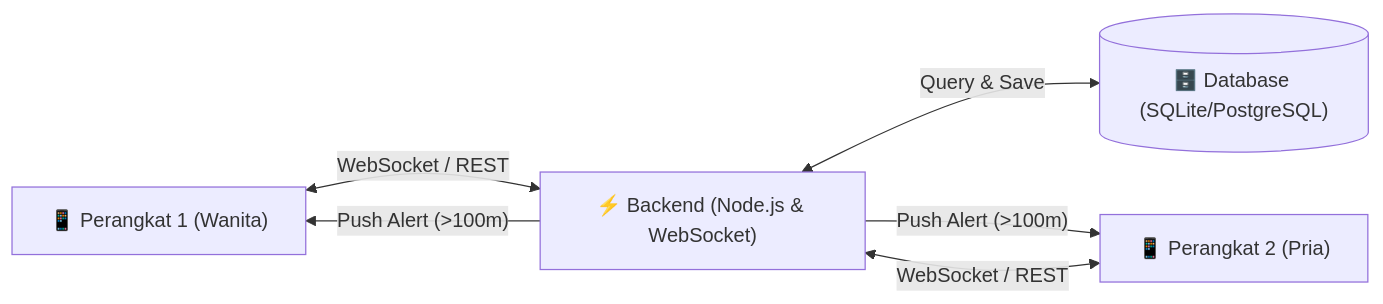
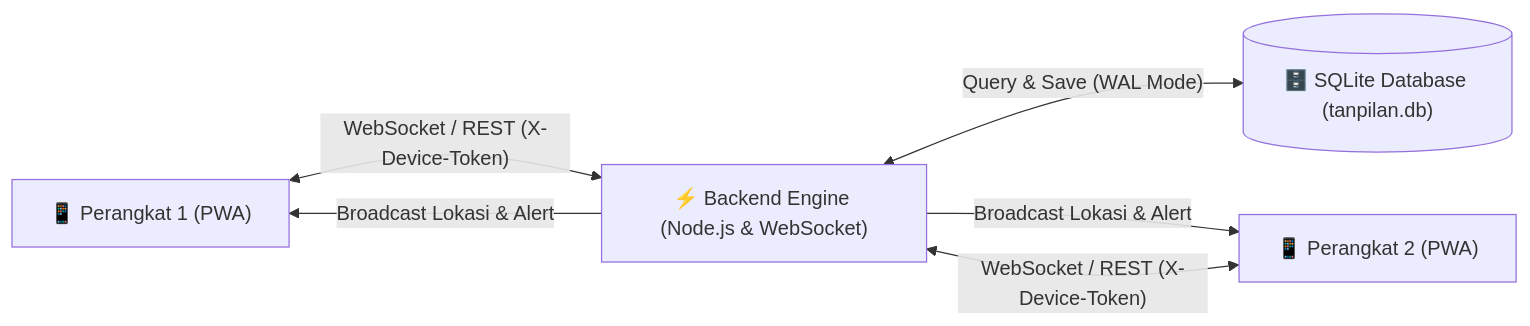
The diagram in README.md (rsng-star/LDR), drawn with Mermaid before and after one commit. The commit also changed other lines of this file and 12 other files, not shown here.

````diff
--- a/README.md
+++ b/README.md
@@ -19,8 +31,8 @@
 ```mermaid
-graph LR
-    Dev1["📱 Perangkat 1 (Wanita)"] <-->|"WebSocket / REST"| Backend["⚡ Backend (Node.js & WebSocket)"]
-    Dev2["📱 Perangkat 2 (Pria)"] <-->|"WebSocket / REST"| Backend
-    Backend <-->|"Query & Save"| DB[("🗄️ Database (SQLite/PostgreSQL)")]
-    Backend -->|"Push Alert (>100m)"| Dev1
-    Backend -->|"Push Alert (>100m)"| Dev2
+flowchart LR
+    Dev1["📱 Perangkat 1 (PWA)"] <-->|"WebSocket / REST (X-Device-Token)"| Backend["⚡ Backend Engine (Node.js & WebSocket)"]
+    Dev2["📱 Perangkat 2 (PWA)"] <-->|"WebSocket / REST (X-Device-Token)"| Backend
+    Backend <-->|"Query & Save (WAL Mode)"| DB[("🗄️ SQLite Database (tanpilan.db)")]
+    Backend -->|"Broadcast Lokasi & Alert"| Dev1
+    Backend -->|"Broadcast Lokasi & Alert"| Dev2
 ```
````
